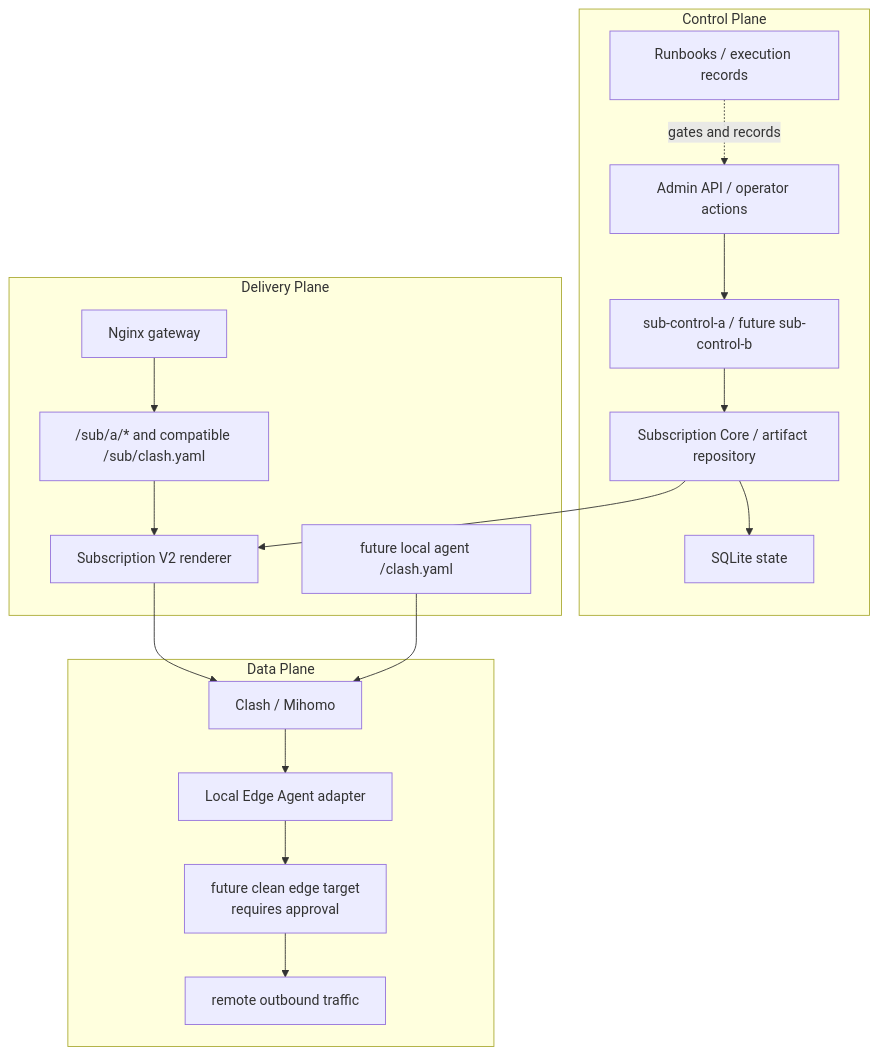
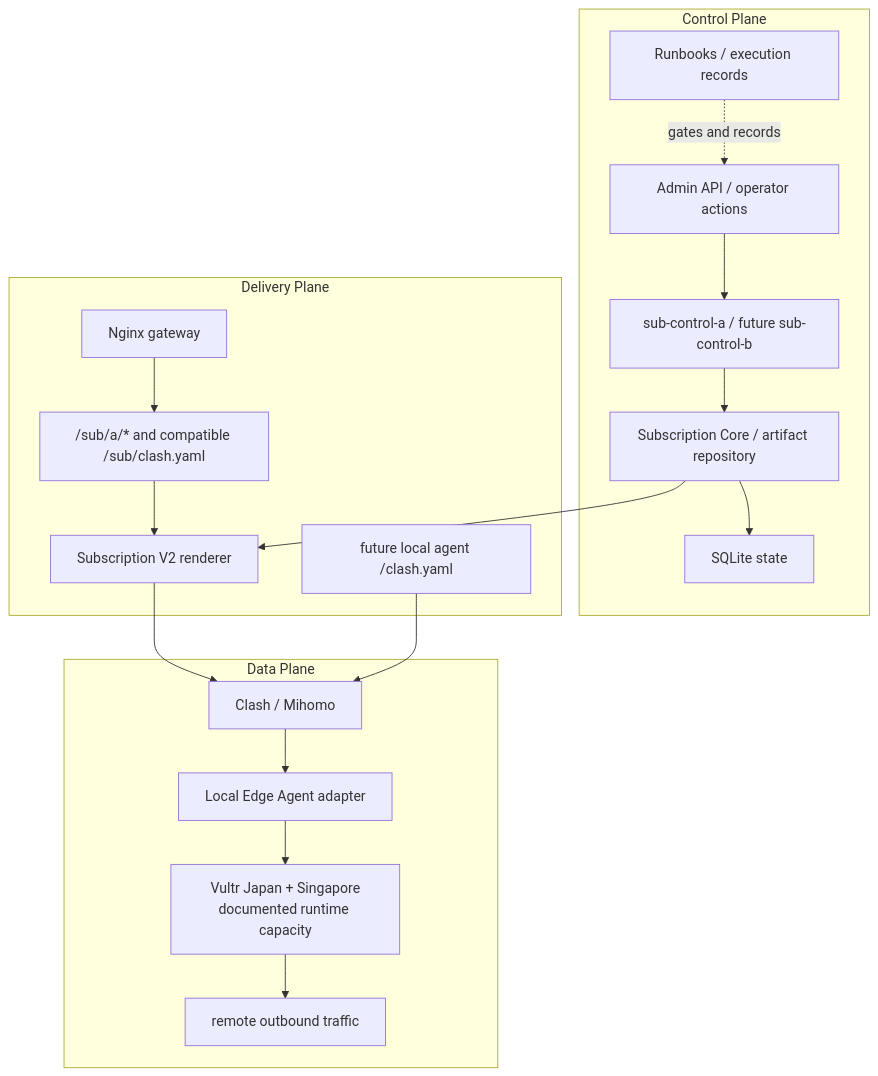
One commit to FlyLink-com/proxy-gateway-minimal changed the fifth of 7 diagrams in docs/PROJECT_TOPOLOGY.md. Above: the diagram before and after it, drawn with Mermaid. The commit also changed other lines of this file and 2 other files, not shown here.

Commit message:
docs: reconcile project topology with Vultr lanes

````diff
--- a/docs/PROJECT_TOPOLOGY.md
+++ b/docs/PROJECT_TOPOLOGY.md
@@ -239,32 +255,32 @@
 ```mermaid
 flowchart TB
   subgraph "Control Plane"
     Admin["Admin API / operator actions"]
     Core["Subscription Core / artifact repository"]
     State["SQLite state"]
     Docs["Runbooks / execution records"]
     Control["sub-control-a / future sub-control-b"]
   end
 
   subgraph "Delivery Plane"
     Gateway["Nginx gateway"]
     Refresh["/sub/a/* and compatible /sub/clash.yaml"]
     Renderer["Subscription V2 renderer"]
     LocalSub["future local agent /clash.yaml"]
   end
 
   subgraph "Data Plane"
     Clash["Clash / Mihomo"]
     Agent["Local Edge Agent adapter"]
-    Edges["future clean edge target\nrequires approval"]
+    Edges["Vultr Japan + Singapore\ndocumented runtime capacity"]
     Outbound["remote outbound traffic"]
   end
 
   Admin --> Control --> Core --> State
   Docs -.->|"gates and records"| Admin
   Core --> Renderer
   Gateway --> Refresh --> Renderer
   Renderer --> Clash
   LocalSub --> Clash
   Clash --> Agent --> Edges --> Outbound
 ```
````
